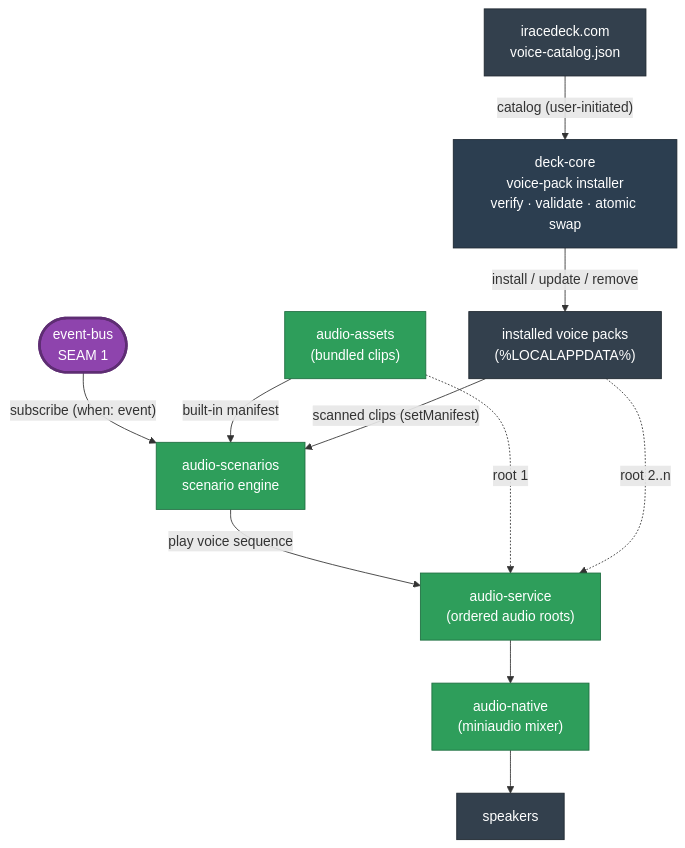
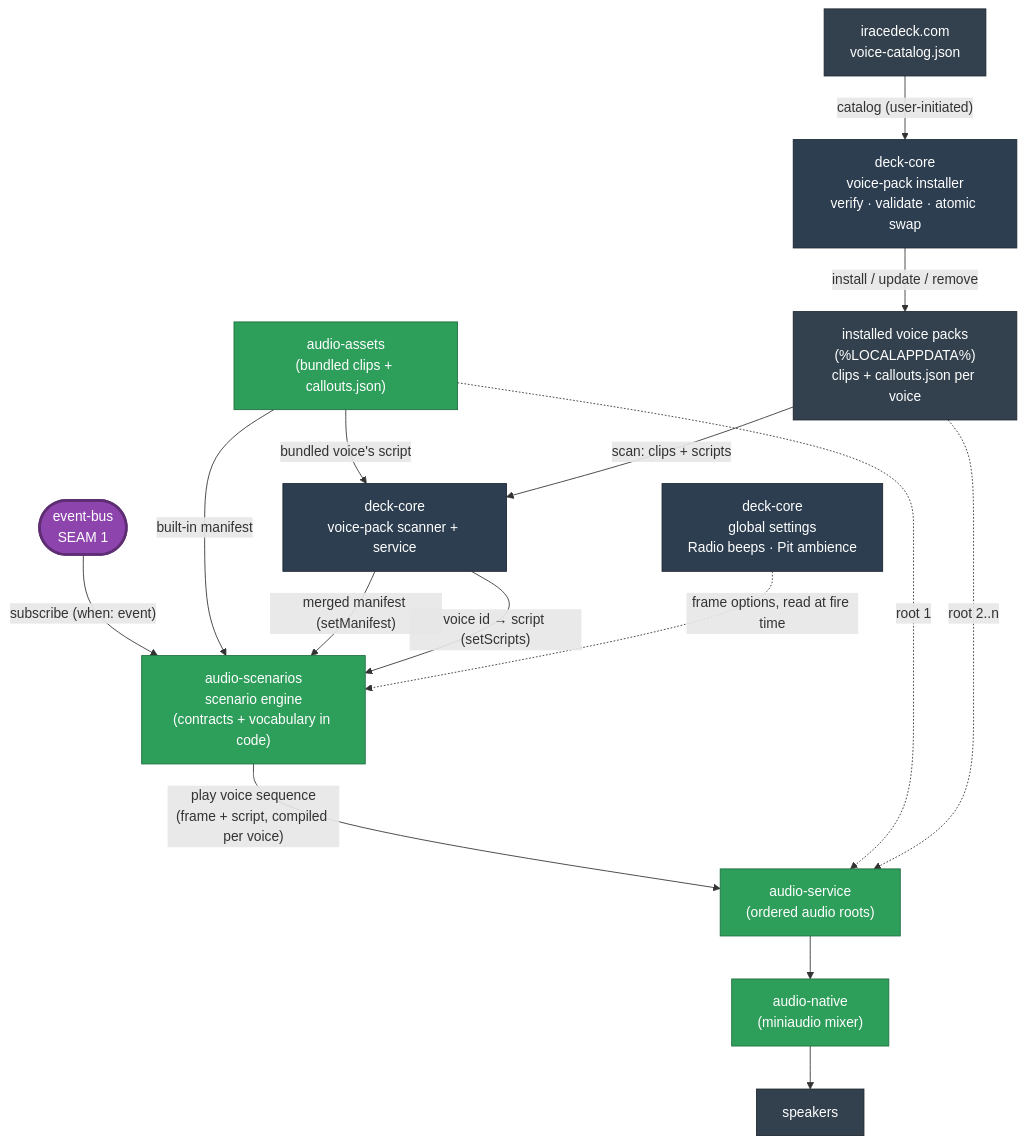
Before and after one commit to niklam/iracedeck: the fifth of 6 diagrams in packages/website/src/content/docs/docs/development/architecture.md, drawn with Mermaid. The commit also changed other lines of this file and 142 other files, not shown here.

First line of the commit message:
feat(race-engineer): move callout scripts into the voice pack, flags first (#1064) (#1123)

````diff
--- a/packages/website/src/content/docs/docs/development/architecture.md
+++ b/packages/website/src/content/docs/docs/development/architecture.md
@@ -195,28 +197,34 @@
 ```mermaid
 flowchart TB
   bus(["event-bus<br/>SEAM 1"]):::seam
-  scen["audio-scenarios<br/>scenario engine"]:::audio
-  assets["audio-assets<br/>(bundled clips)"]:::audio
-  packs["installed voice packs<br/>(%LOCALAPPDATA%)"]:::ext
+  scen["audio-scenarios<br/>scenario engine<br/>(contracts + vocabulary in code)"]:::audio
+  assets["audio-assets<br/>(bundled clips + callouts.json)"]:::audio
+  packs["installed voice packs<br/>(%LOCALAPPDATA%)<br/>clips + callouts.json per voice"]:::ext
+  scan["deck-core<br/>voice-pack scanner + service"]:::core
+  gs["deck-core<br/>global settings<br/>Radio beeps · Pit ambience"]:::core
   svc["audio-service<br/>(ordered audio roots)"]:::audio
   nat["audio-native<br/>(miniaudio mixer)"]:::audio
   spk["speakers"]:::ext
 
   bus -->|"subscribe (when: event)"| scen
   assets -->|"built-in manifest"| scen
-  packs -->|"scanned clips (setManifest)"| scen
+  assets -->|"bundled voice's script"| scan
+  packs -->|"scan: clips + scripts"| scan
+  scan -->|"merged manifest (setManifest)"| scen
+  scan -->|"voice id → script (setScripts)"| scen
+  gs -.->|"frame options, read at fire time"| scen
   cat["iracedeck.com<br/>voice-catalog.json"]:::ext
   inst["deck-core<br/>voice-pack installer<br/>verify · validate · atomic swap"]:::core
   cat -->|"catalog (user-initiated)"| inst
   inst -->|"install / update / remove"| packs
-  scen -->|"play voice sequence"| svc
+  scen -->|"play voice sequence<br/>(frame + script, compiled per voice)"| svc
   assets -.->|"root 1"| svc
   packs -.->|"root 2..n"| svc
   svc --> nat
   nat --> spk
 
   classDef core fill:#2c3e50,color:#fff,stroke:#1a252f;
   classDef ext fill:#33404d,color:#fff,stroke:#1d262e;
   classDef seam fill:#8e44ad,color:#fff,stroke:#5e2d73,stroke-width:3px;
   classDef audio fill:#2e9e5b,color:#fff,stroke:#1f6e40;
 ```
````
